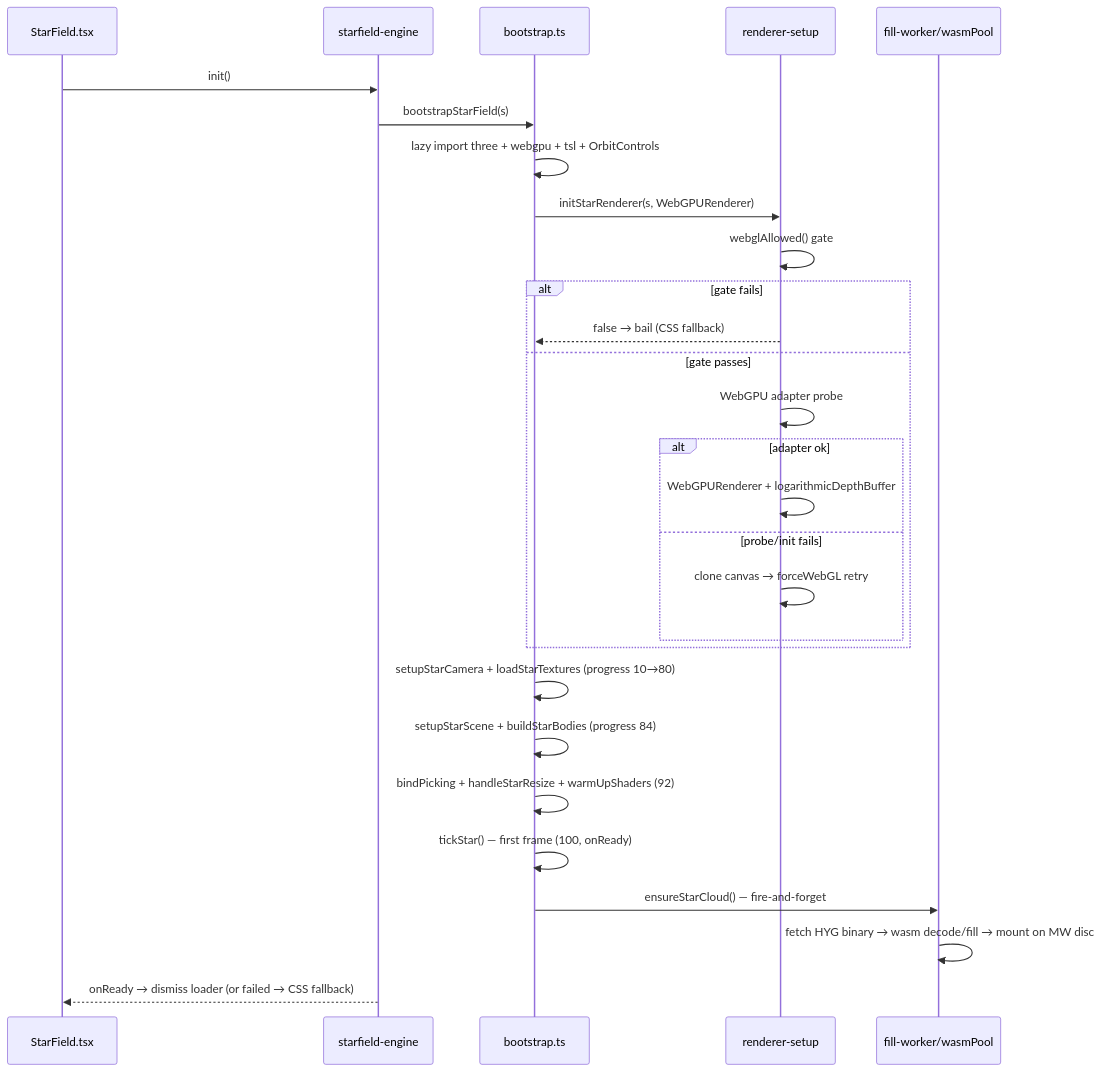
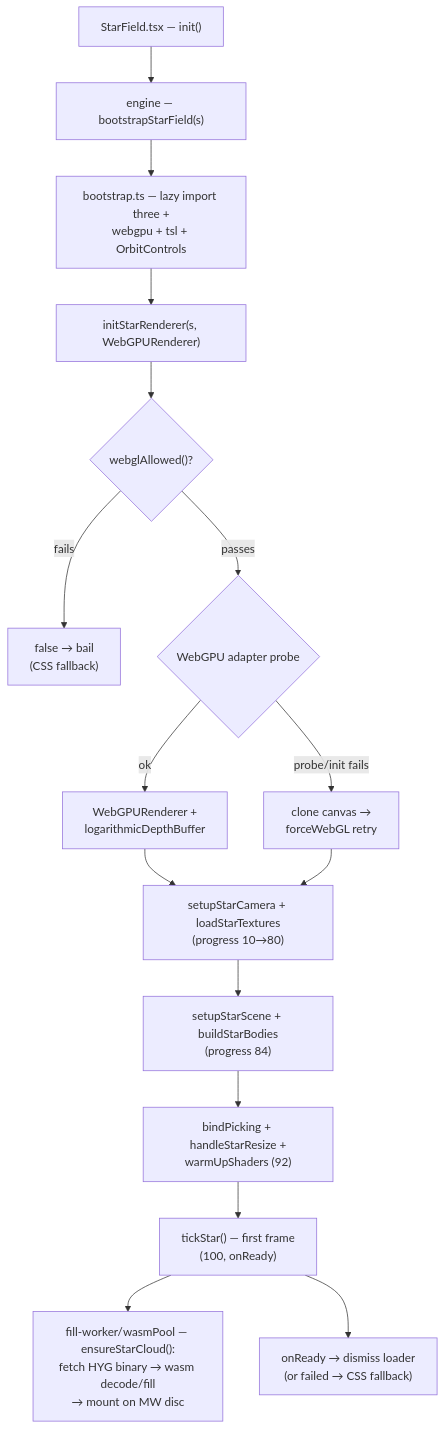
One commit to LuisKrotz/luiskr.com-V3-shared changed the second of 8 diagrams in docs/architecture/star-field.md. Above: the diagram before and after it, drawn with Mermaid. The commit also changed other lines of this file and 24 other files, not shown here.

First line of the commit message:
feat: live-translated locale pages at public paths + vertical mermaid

````diff
--- a/docs/architecture/star-field.md
+++ b/docs/architecture/star-field.md
@@ -102,31 +79,18 @@
 ```mermaid
-sequenceDiagram
-    participant Host as StarField.tsx
-    participant Eng as starfield-engine
-    participant Boot as bootstrap.ts
-    participant GPU as renderer-setup
-    participant Wrk as fill-worker/wasmPool
-
-    Host->>Eng: init()
-    Eng->>Boot: bootstrapStarField(s)
-    Boot->>Boot: lazy import three + webgpu + tsl + OrbitControls
-    Boot->>GPU: initStarRenderer(s, WebGPURenderer)
-    GPU->>GPU: webglAllowed() gate
-    alt gate fails
-        GPU-->>Boot: false → bail (CSS fallback)
-    else gate passes
-        GPU->>GPU: WebGPU adapter probe
-        alt adapter ok
-            GPU->>GPU: WebGPURenderer + logarithmicDepthBuffer
-        else probe/init fails
-            GPU->>GPU: clone canvas → forceWebGL retry
-        end
-    end
-    Boot->>Boot: setupStarCamera + loadStarTextures (progress 10→80)
-    Boot->>Boot: setupStarScene + buildStarBodies (progress 84)
-    Boot->>Boot: bindPicking + handleStarResize + warmUpShaders (92)
-    Boot->>Boot: tickStar() — first frame (100, onReady)
-    Boot->>Wrk: ensureStarCloud() — fire-and-forget
-    Wrk->>Wrk: fetch HYG binary → wasm decode/fill → mount on MW disc
-    Eng-->>Host: onReady → dismiss loader (or failed → CSS fallback)
+flowchart TB
+    S1["StarField.tsx — init()"] --> S2["engine — bootstrapStarField(s)"]
+    S2 --> S3["bootstrap.ts — lazy import three +<br/>webgpu + tsl + OrbitControls"]
+    S3 --> S4["initStarRenderer(s, WebGPURenderer)"]
+    S4 --> GATE{"webglAllowed()?"}
+    GATE -->|"fails"| BAIL["false → bail<br/>(CSS fallback)"]
+    GATE -->|"passes"| PROBE{"WebGPU adapter probe"}
+    PROBE -->|"ok"| WGPU["WebGPURenderer +<br/>logarithmicDepthBuffer"]
+    PROBE -->|"probe/init fails"| WGL["clone canvas →<br/>forceWebGL retry"]
+    WGPU --> S5["setupStarCamera + loadStarTextures<br/>(progress 10→80)"]
+    WGL --> S5
+    S5 --> S6["setupStarScene + buildStarBodies<br/>(progress 84)"]
+    S6 --> S7["bindPicking + handleStarResize +<br/>warmUpShaders (92)"]
+    S7 --> S8["tickStar() — first frame<br/>(100, onReady)"]
+    S8 --> S9["fill-worker/wasmPool — ensureStarCloud():<br/>fetch HYG binary → wasm decode/fill<br/>→ mount on MW disc"]
+    S8 --> S10["onReady → dismiss loader<br/>(or failed → CSS fallback)"]
 ```
````
